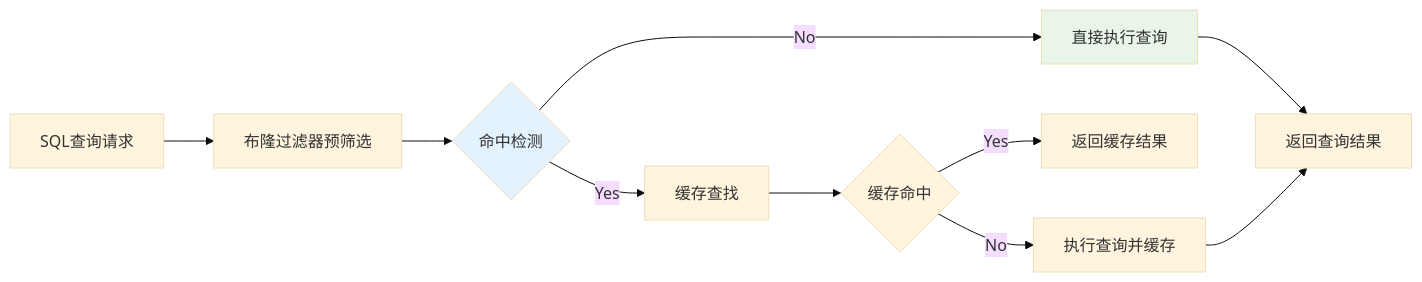
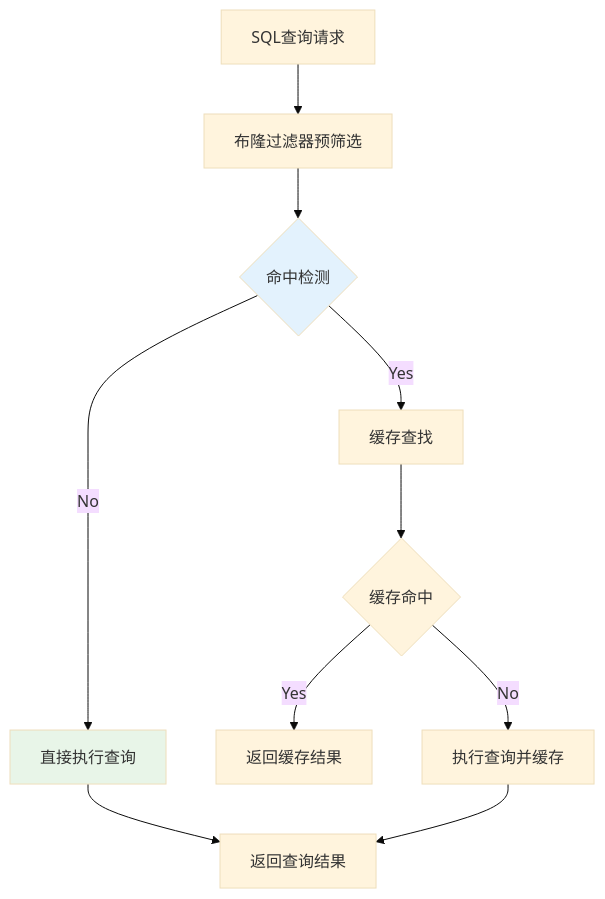
Before and after one commit to crazypenguincode/duckdb: the first of 2 diagrams in md/第三章-基于布隆过滤器的SQL和CTE动态缓存技术.md, drawn with Mermaid (base theme). The commit also changed 40 other files, not shown here.

Commit message:
更新图片无边框

````diff
--- a/md/第三章-基于布隆过滤器的SQL和CTE动态缓存技术.md
+++ b/md/第三章-基于布隆过滤器的SQL和CTE动态缓存技术.md
@@ -16,15 +16,15 @@
 ```mermaid
-flowchart LR
+flowchart TB
     A[SQL查询请求] --> B[布隆过滤器预筛选]
     B --> C{命中检测}
     C -->|No| D[直接执行查询]
     C -->|Yes| E[缓存查找]
     E --> F{缓存命中}
     F -->|Yes| G[返回缓存结果]
     F -->|No| H[执行查询并缓存]
     D --> I[返回查询结果]
     H --> I
     
     style C fill:#e3f2fd
     style D fill:#e8f5e8
 ```
````
